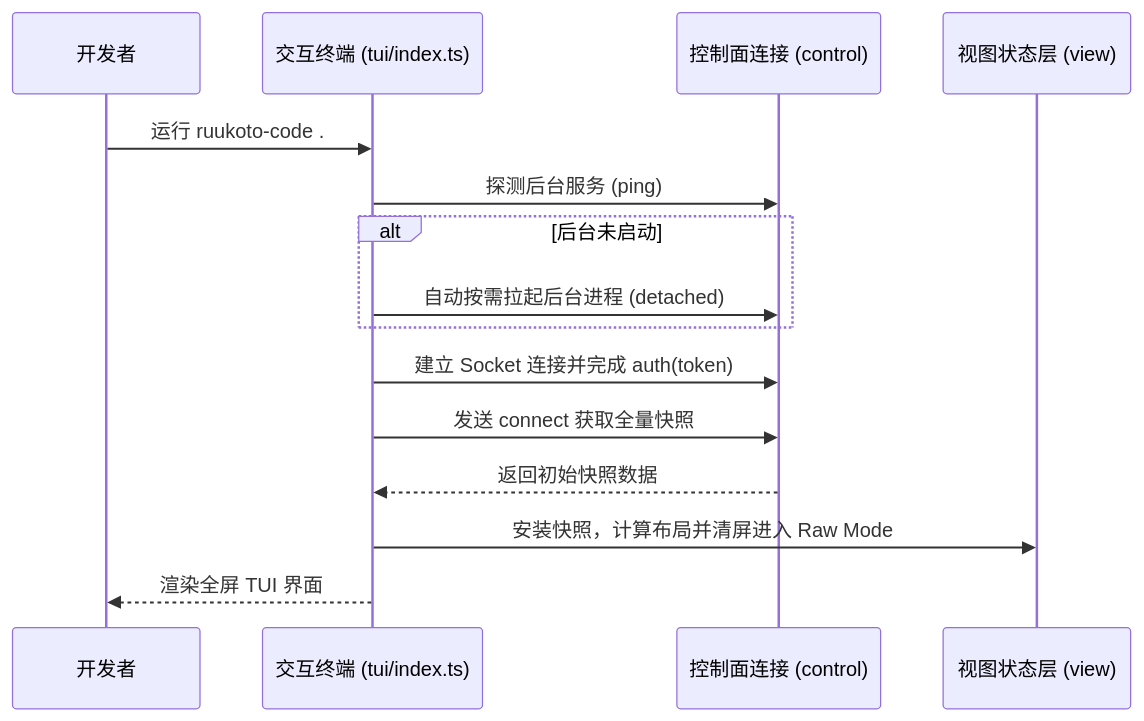
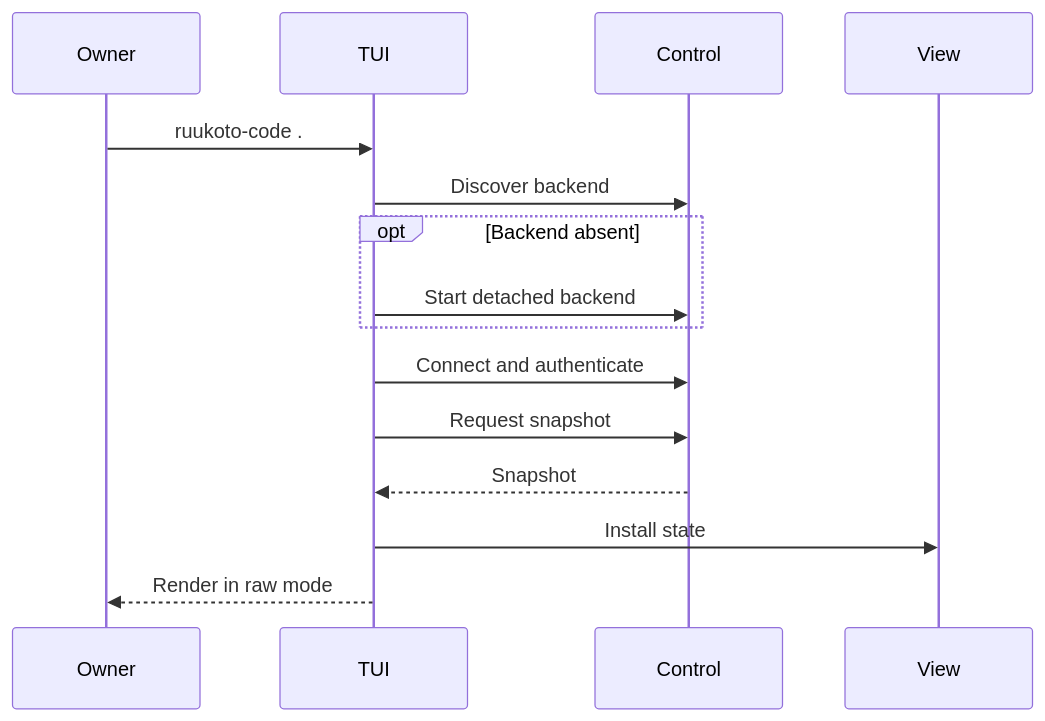
One commit to num-lab/Ruukoto changed the diagram in docs/modules/tui.md. Above: the diagram before and after it, drawn with Mermaid. The commit also changed other lines of this file and 3987 other files, not shown here.

````diff
--- a/docs/modules/tui.md
+++ b/docs/modules/tui.md
@@ -86,18 +45,17 @@
 ```mermaid
 sequenceDiagram
-  participant User as 开发者
-  participant TUI as 交互终端 (tui/index.ts)
-  participant Control as 控制面连接 (control)
-  participant View as 视图状态层 (view)
-
-  User->>TUI: 运行 ruukoto-code .
-  TUI->>Control: 探测后台服务 (ping)
-  alt 后台未启动
-    TUI->>Control: 自动按需拉起后台进程 (detached)
+  participant Owner
+  participant TUI
+  participant Control
+  participant View
+  Owner->>TUI: ruukoto-code .
+  TUI->>Control: Discover backend
+  opt Backend absent
+    TUI->>Control: Start detached backend
   end
-  TUI->>Control: 建立 Socket 连接并完成 auth(token)
-  TUI->>Control: 发送 connect 获取全量快照
-  Control-->>TUI: 返回初始快照数据
-  TUI->>View: 安装快照，计算布局并清屏进入 Raw Mode
-  TUI-->>User: 渲染全屏 TUI 界面
+  TUI->>Control: Connect and authenticate
+  TUI->>Control: Request snapshot
+  Control-->>TUI: Snapshot
+  TUI->>View: Install state
+  TUI-->>Owner: Render in raw mode
 ```
````
